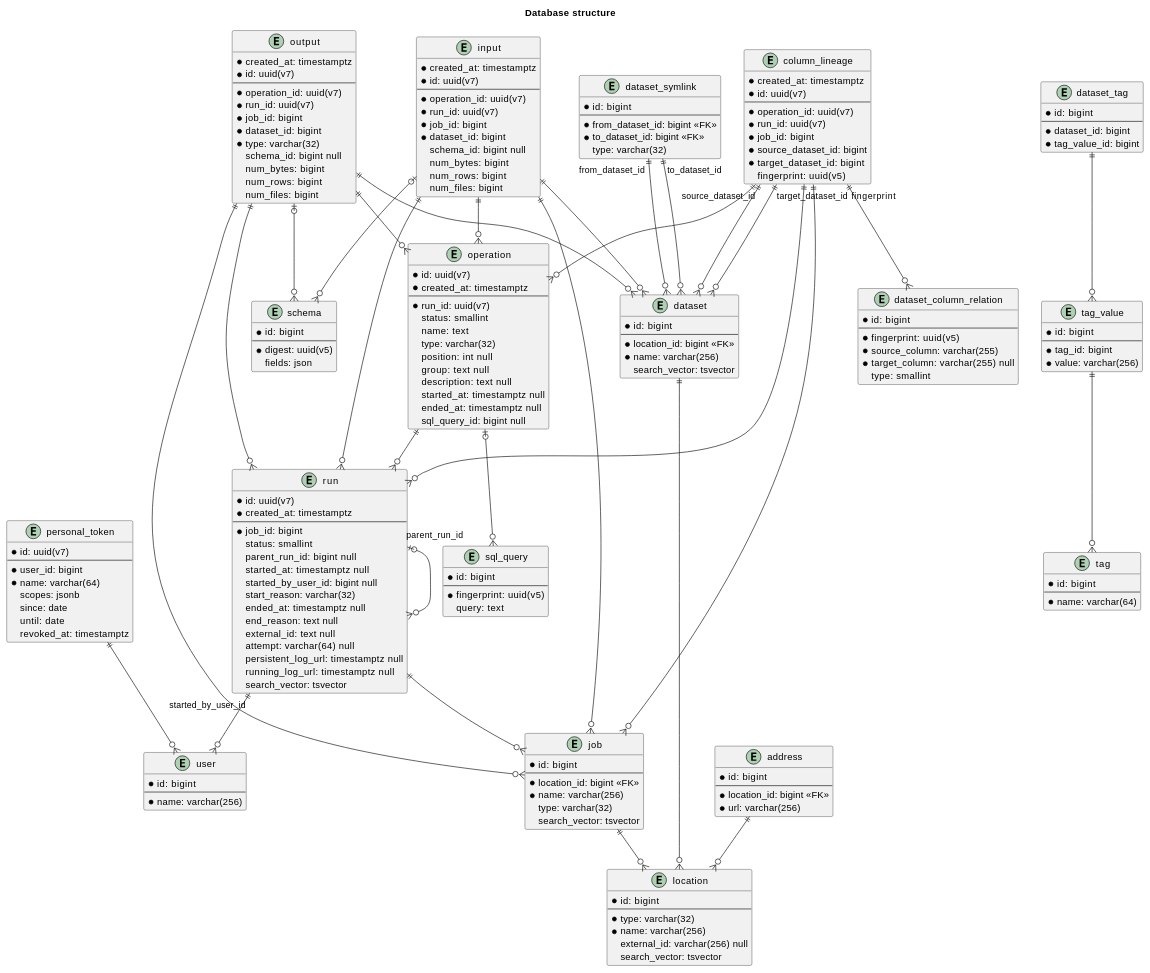
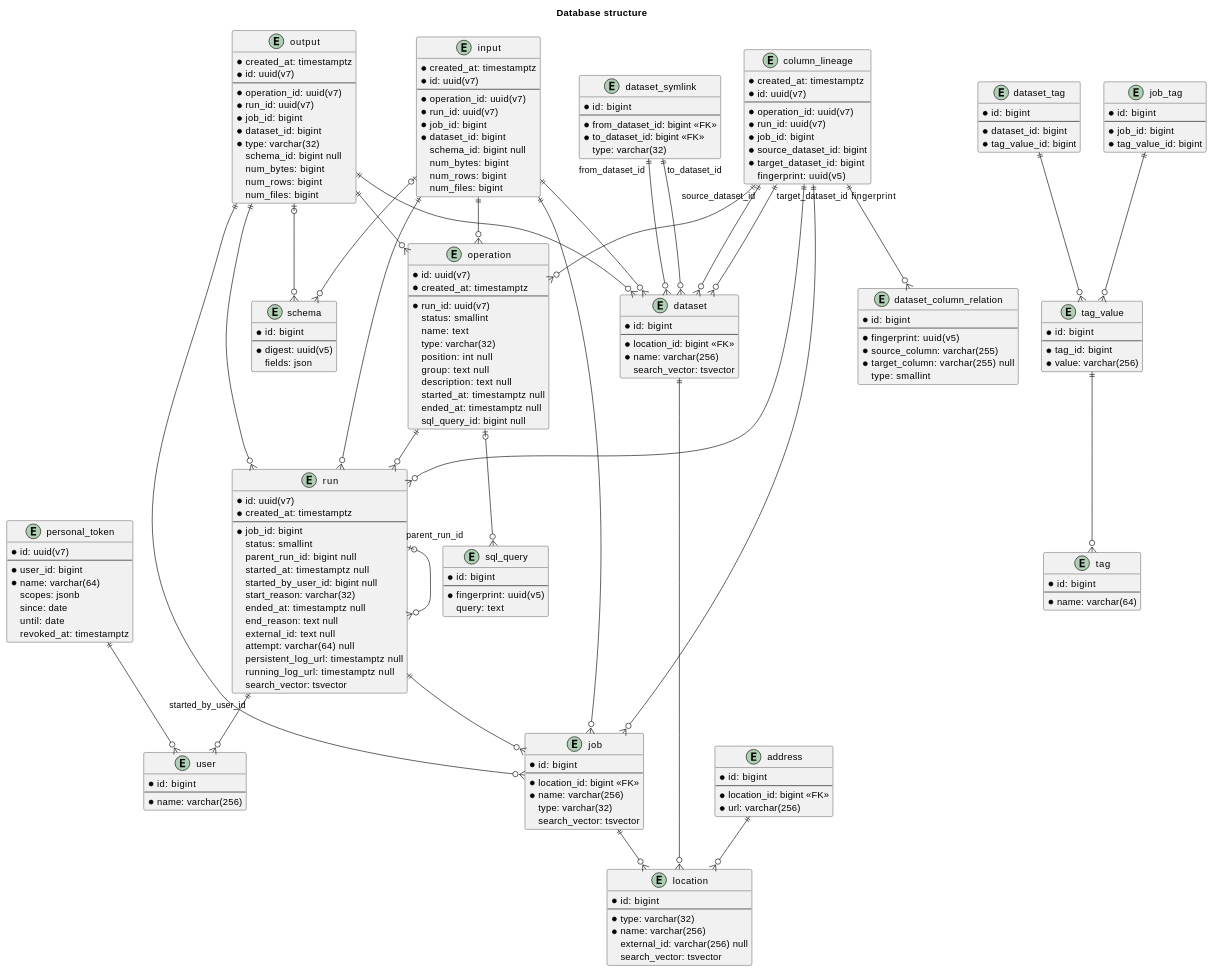
The diagram in docs/reference/database/structure.rst (MobileTeleSystems/data-rentgen), drawn with PlantUML before and after one commit. The commit also changed 26 other files, not shown here.

```diff
--- a/docs/reference/database/structure.rst
+++ b/docs/reference/database/structure.rst
@@ -176,6 +176,13 @@
         * tag_value_id: bigint
     }
 
+    entity job_tag {
+        * id: bigint
+        ----
+        * job_id: bigint
+        * tag_value_id: bigint
+    }
+
     entity personal_token {
         * id: uuid(v7)
         ----
@@ -223,6 +230,7 @@
 
     tag_value ||--o{ tag
     dataset_tag ||--o{ tag_value
+    job_tag ||--o{ tag_value
 
     personal_token ||--o{ user
 
```
